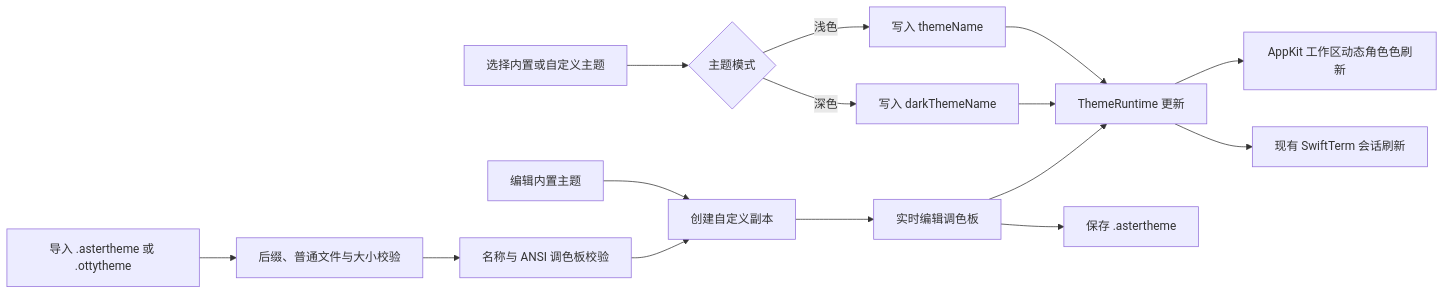
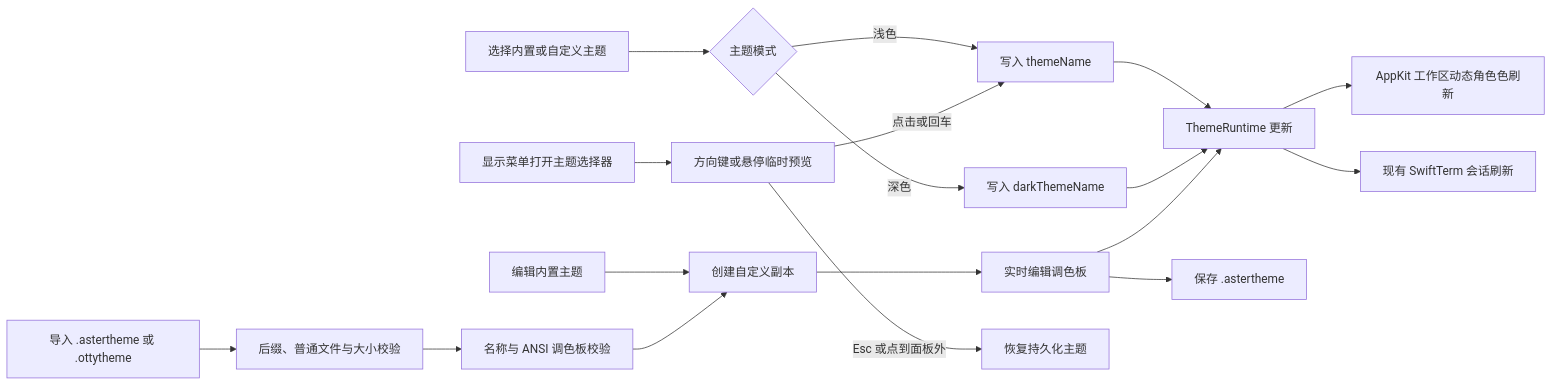
The diagram in docs/developer/theme-system.md (rambocode/aster), drawn with Mermaid before and after one commit. The commit also changed other lines of this file and 20 other files, not shown here.

````diff
--- a/docs/developer/theme-system.md
+++ b/docs/developer/theme-system.md
@@ -38,17 +42,20 @@
 ```mermaid
 flowchart LR
   A[选择内置或自定义主题] --> B{主题模式}
   B -->|浅色| C[写入 themeName]
   B -->|深色| D[写入 darkThemeName]
   C --> E[ThemeRuntime 更新]
   D --> E
   E --> F[AppKit 工作区动态角色色刷新]
   E --> G[现有 SwiftTerm 会话刷新]
   H[编辑内置主题] --> I[创建自定义副本]
   I --> J[实时编辑调色板]
   J --> E
   J --> K[保存 .astertheme]
   L[导入 .astertheme 或 .ottytheme] --> M[后缀、普通文件与大小校验]
   M --> N[名称与 ANSI 调色板校验]
   N --> I
+  O[显示菜单打开主题选择器] --> P[方向键或悬停临时预览]
+  P -->|点击或回车| C
+  P -->|Esc 或点到面板外| Q[恢复持久化主题]
 ```
````
